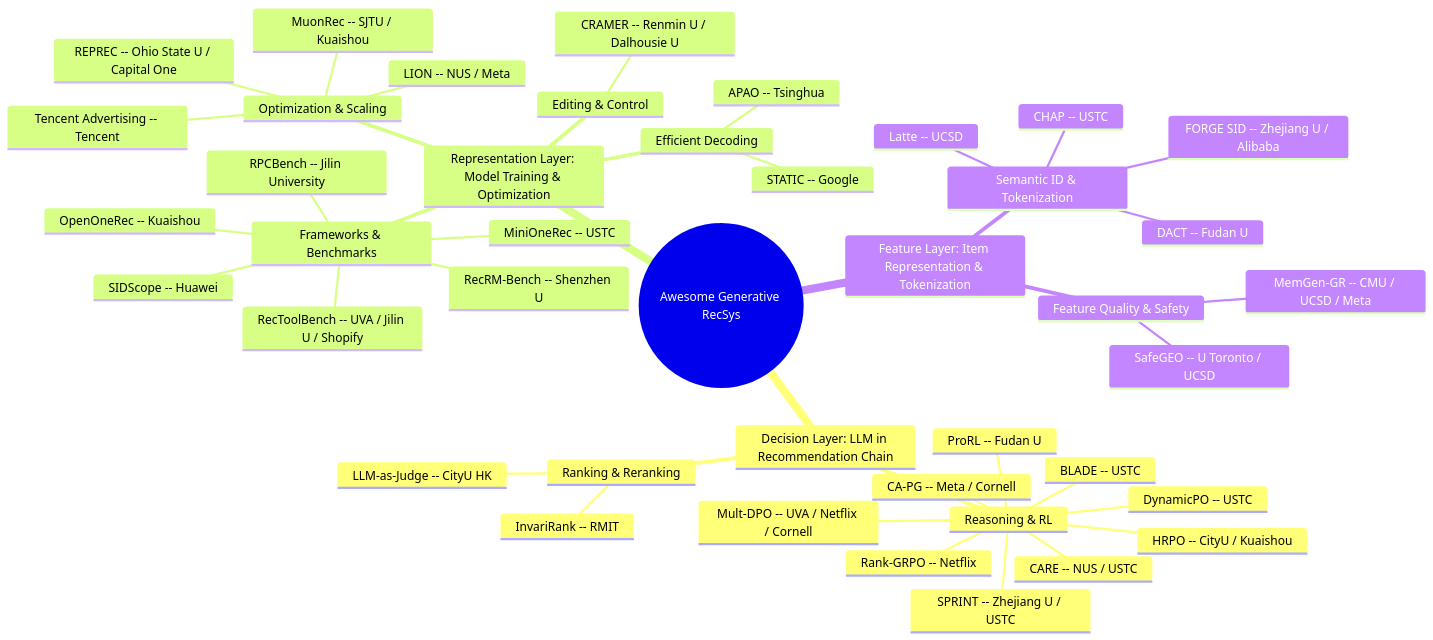
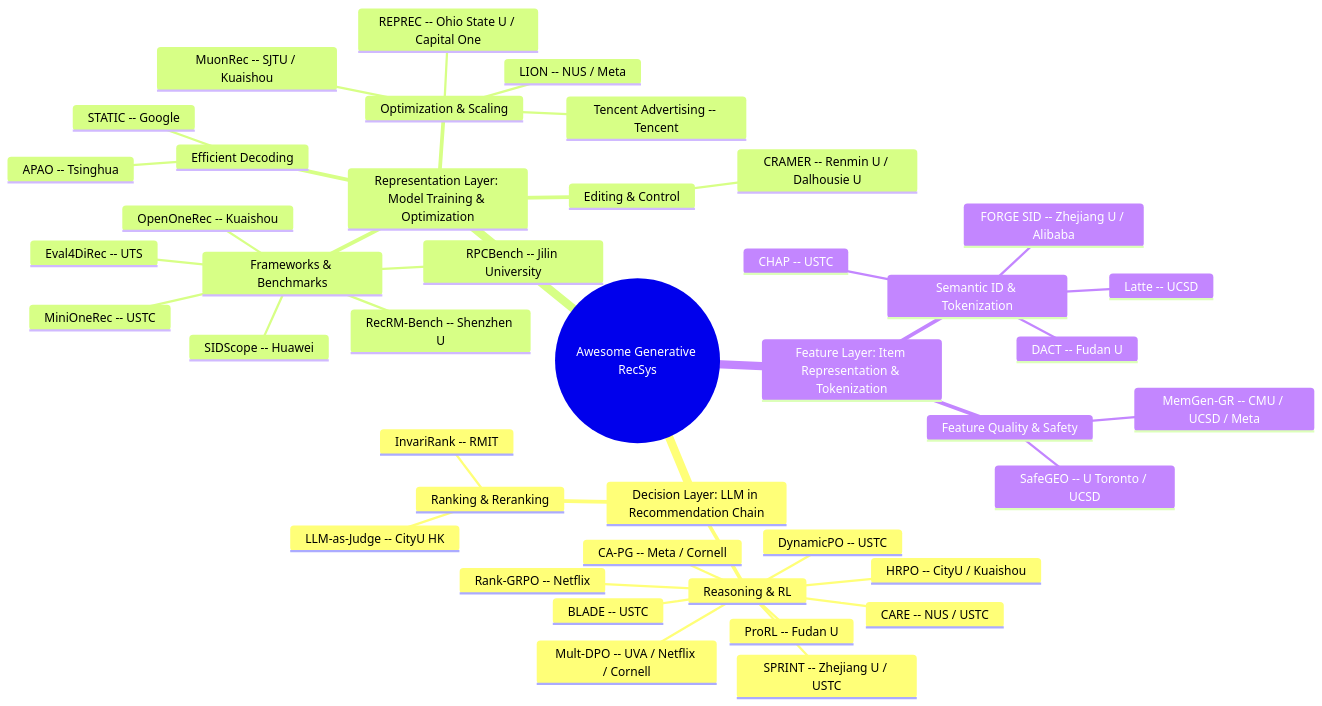
The diagram in README.md (HaFred/awesome-generative-recsys), drawn with Mermaid before and after one commit. The commit also changed other lines of this file and 3 other files, not shown here.

First line of the commit message:
feat: Sep 29-30 gen-rec hunt — GRP/ReMem/HELIX + Eval4DiRec (opensource)

````diff
--- a/README.md
+++ b/README.md
@@ -30,46 +30,46 @@
 ```mermaid
 mindmap
   root((Awesome Generative RecSys))
     Decision Layer: LLM in Recommendation Chain
       Reasoning & RL
         Rank-GRPO -- Netflix
         DynamicPO -- USTC
         BLADE -- USTC
         SPRINT -- Zhejiang U / USTC
         CARE -- NUS / USTC
         HRPO -- CityU / Kuaishou
         Mult-DPO -- UVA / Netflix / Cornell
         CA-PG -- Meta / Cornell
         ProRL -- Fudan U
       Ranking & Reranking
         InvariRank -- RMIT
         LLM-as-Judge -- CityU HK
     Representation Layer: Model Training & Optimization
       Editing & Control
         CRAMER -- Renmin U / Dalhousie U
       Frameworks & Benchmarks
         MiniOneRec -- USTC
         OpenOneRec -- Kuaishou
         RecRM-Bench -- Shenzhen U
         SIDScope -- Huawei
         RPCBench -- Jilin University
-        RecToolBench -- UVA / Jilin U / Shopify
+        Eval4DiRec -- UTS
       Efficient Decoding
         STATIC -- Google
         APAO -- Tsinghua
       Optimization & Scaling
         MuonRec -- SJTU / Kuaishou
         REPREC -- Ohio State U / Capital One
         Tencent Advertising -- Tencent
         LION -- NUS / Meta
     Feature Layer: Item Representation & Tokenization
       Semantic ID & Tokenization
         Latte -- UCSD
         FORGE SID -- Zhejiang U / Alibaba
         DACT -- Fudan U
         CHAP -- USTC
       Feature Quality & Safety
         SafeGEO -- U Toronto / UCSD
         MemGen-GR -- CMU / UCSD / Meta
 
 ```
````
